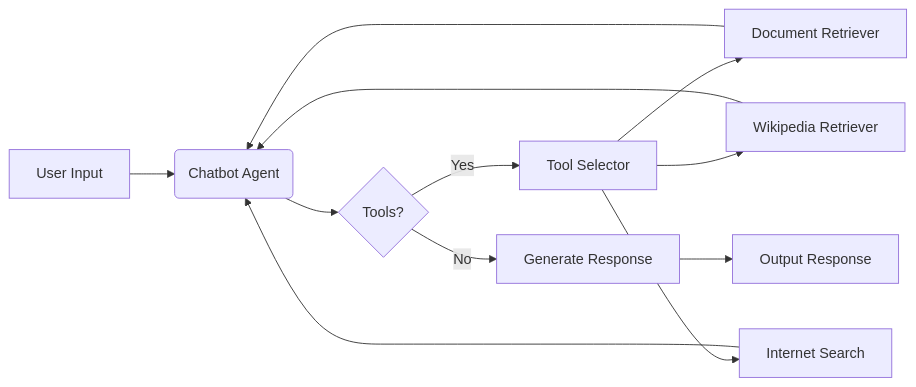
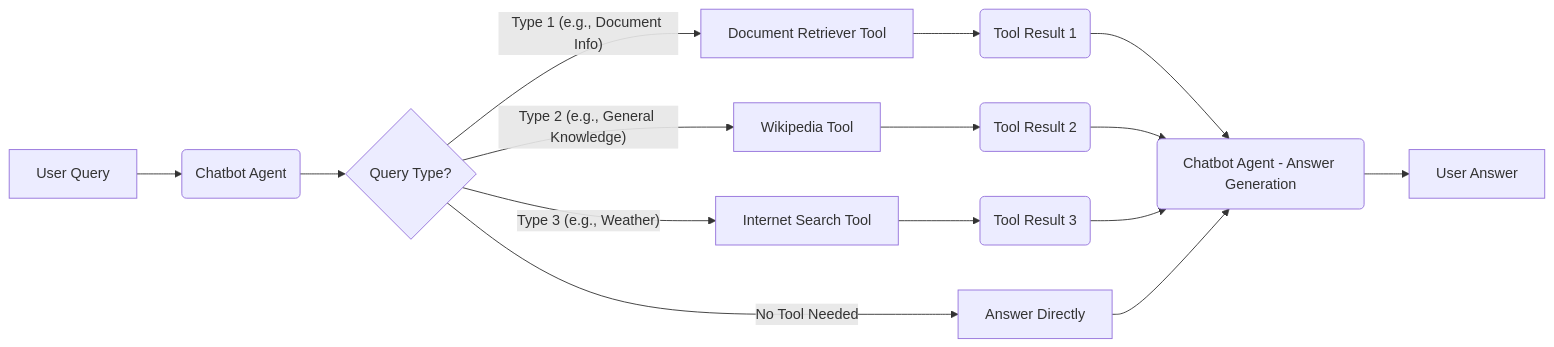
One commit to kanad13/Agentic-AI changed the fourth of 4 diagrams in readme.md. Above: the diagram before and after it, drawn with Mermaid. The commit also changed other lines of this file and 1 other file, not shown here.

````diff
--- a/readme.md
+++ b/readme.md
@@ -82,14 +113,17 @@
 ```mermaid
 graph LR
-    A[User Input] --> B(Chatbot Agent);
-    B --> C{Tools?};
-    C -- Yes --> D[Tool Selector];
-    D --> E[Document Retriever];
-    D --> F[Wikipedia Retriever];
-    D --> G[Internet Search];
-    E --> B;
-    F --> B;
-    G --> B;
-    C -- No --> H[Generate Response];
-    H --> I[Output Response];
+    A[User Query] --> B(Chatbot Agent);
+    B --> C{Query Type?};
+    C -- Type 1 (e.g., Document Info) --> D1[Document Retriever Tool];
+    C -- Type 2 (e.g., General Knowledge) --> D2[Wikipedia Tool];
+    C -- Type 3 (e.g., Weather) --> D3[Internet Search Tool];
+    C -- No Tool Needed --> E[Answer Directly];
+    D1 --> F(Tool Result 1);
+    D2 --> G(Tool Result 2);
+    D3 --> H(Tool Result 3);
+    F --> I(Chatbot Agent - Answer Generation);
+    G --> I;
+    H --> I;
+    E --> I;
+    I --> J[User Answer];
 ```
````
